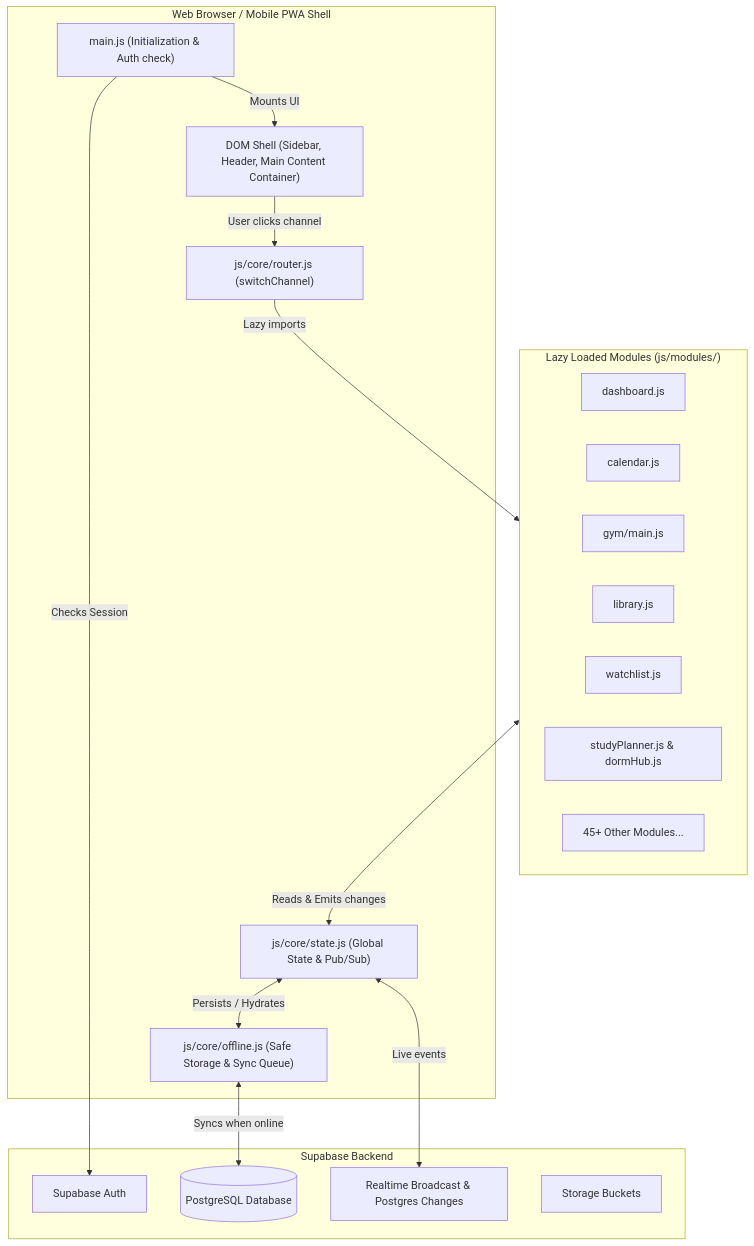
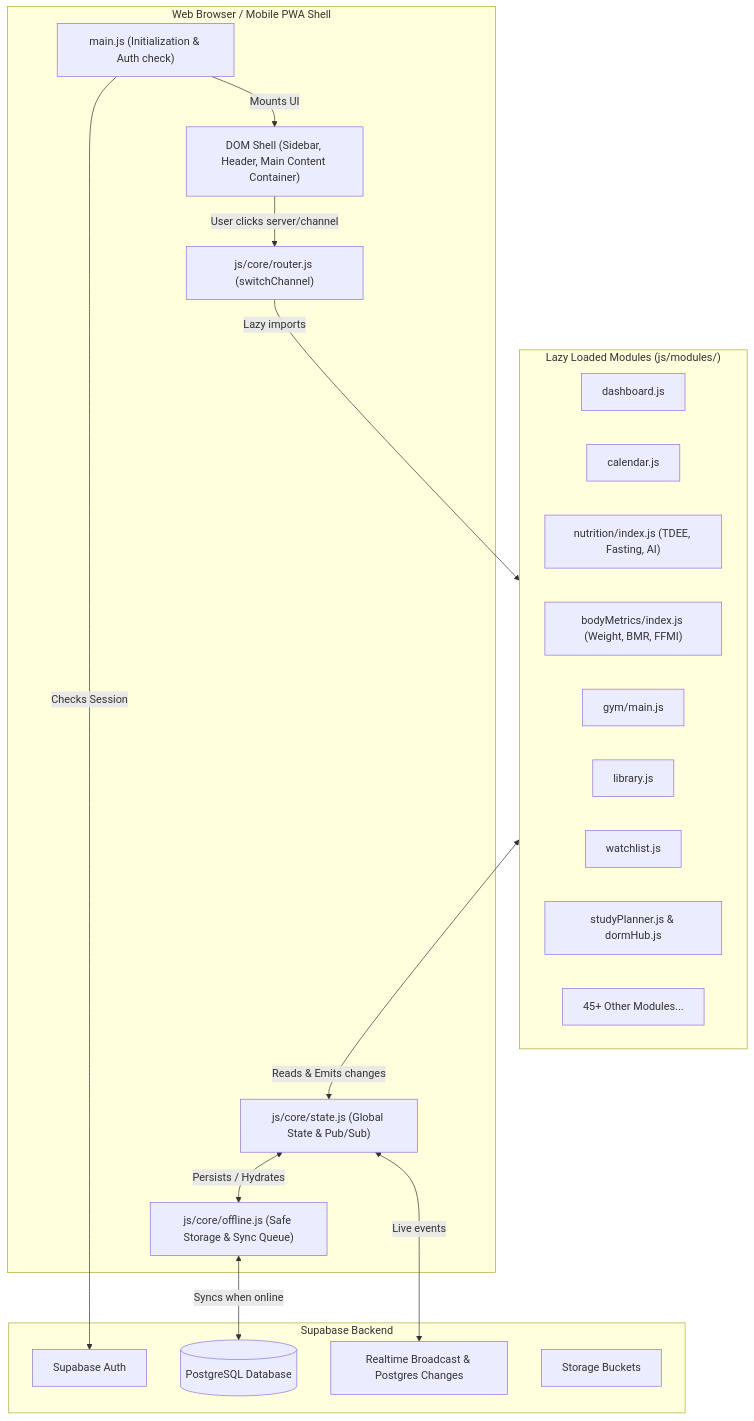
The first of 2 diagrams in docs/architecture.md (josefmvalek/kiscord), drawn with Mermaid before and after one commit. The commit also changed other lines of this file and 1 other file, not shown here.

Commit message:
quick documentation update

````diff
--- a/docs/architecture.md
+++ b/docs/architecture.md
@@ -12,36 +12,38 @@
 ```mermaid
 flowchart TB
     subgraph Browser ["Web Browser / Mobile PWA Shell"]
         Entry["main.js (Initialization & Auth check)"]
         Router["js/core/router.js (switchChannel)"]
         State["js/core/state.js (Global State & Pub/Sub)"]
         Offline["js/core/offline.js (Safe Storage & Sync Queue)"]
         UI["DOM Shell (Sidebar, Header, Main Content Container)"]
     end
 
     subgraph DynamicModules ["Lazy Loaded Modules (js/modules/)"]
         Dashboard["dashboard.js"]
         Calendar["calendar.js"]
+        Nutrition["nutrition/index.js (TDEE, Fasting, AI)"]
+        BodyMetrics["bodyMetrics/index.js (Weight, BMR, FFMI)"]
         Gym["gym/main.js"]
         Library["library.js"]
         Watchlist["watchlist.js"]
         VutFit["studyPlanner.js & dormHub.js"]
         OtherModules["45+ Other Modules..."]
     end
 
     subgraph Backend ["Supabase Backend"]
         Auth["Supabase Auth"]
         Postgres[("PostgreSQL Database")]
         Realtime["Realtime Broadcast & Postgres Changes"]
         Storage["Storage Buckets"]
     end
 
     Entry -->|Mounts UI| UI
     Entry -->|Checks Session| Auth
-    UI -->|User clicks channel| Router
+    UI -->|User clicks server/channel| Router
     Router -->|Lazy imports| DynamicModules
     DynamicModules <-->|Reads & Emits changes| State
     State <-->|Persists / Hydrates| Offline
     Offline <-->|Syncs when online| Postgres
     State <-->|Live events| Realtime
 ```
````
